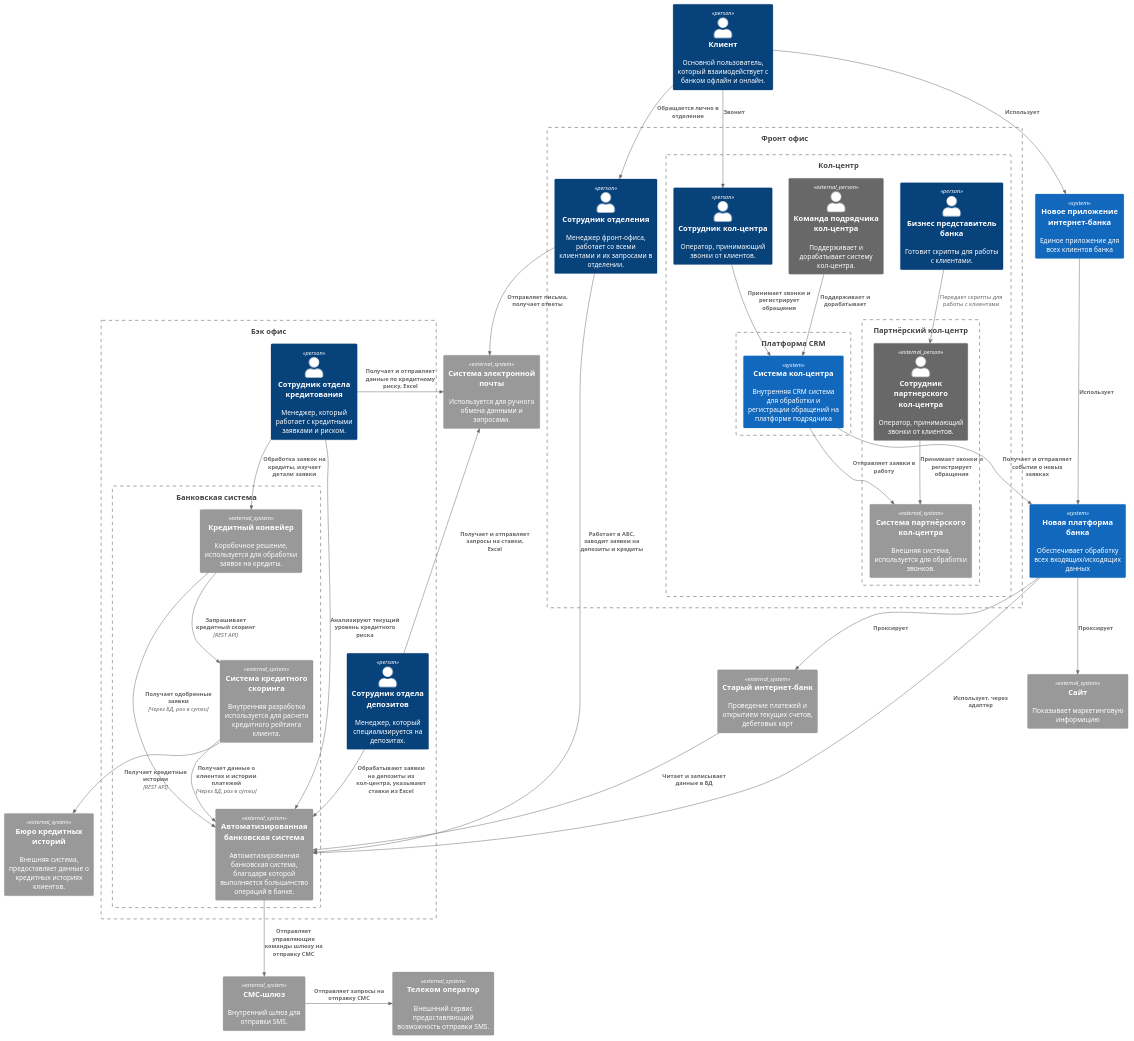
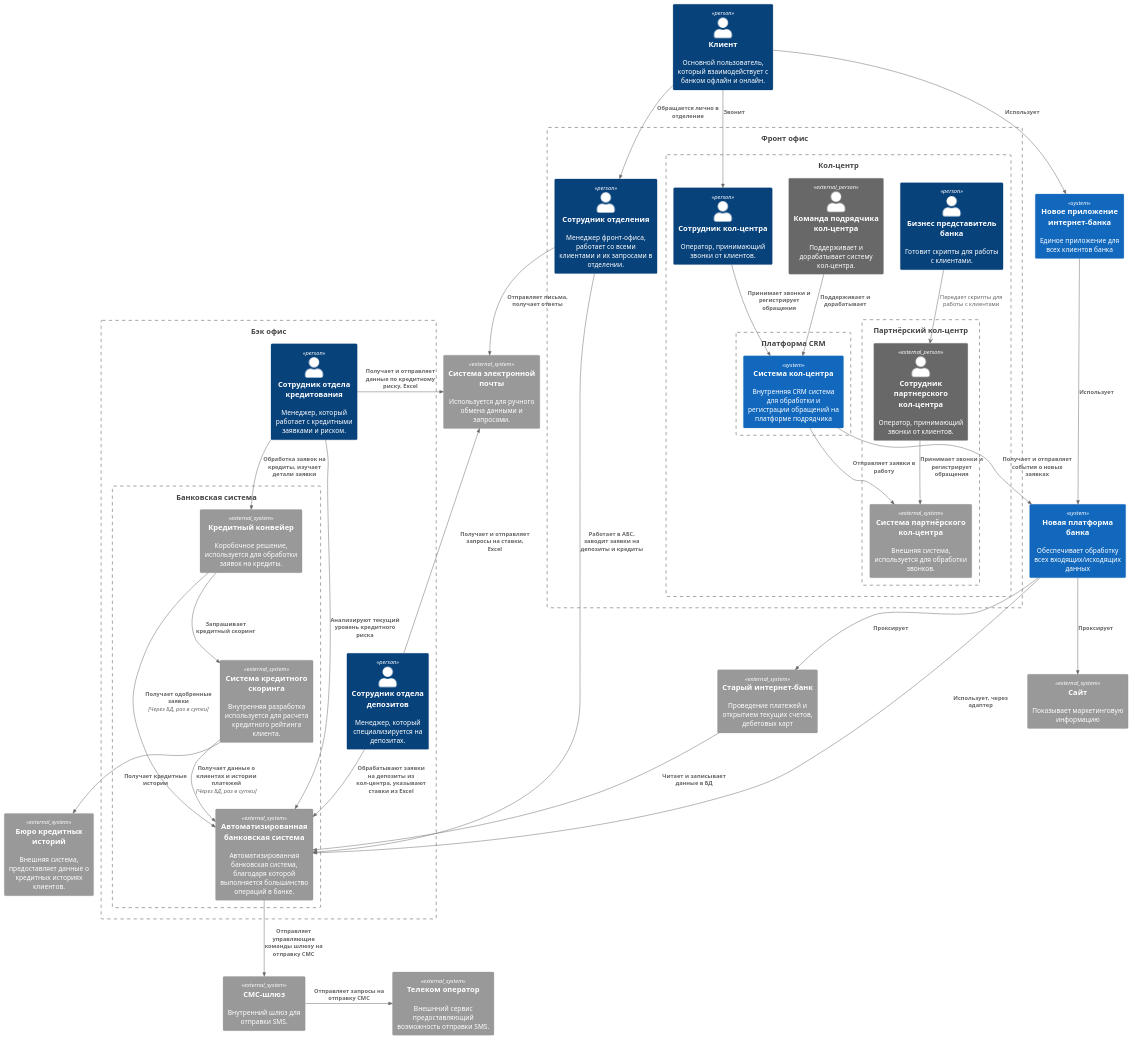
Before and after one commit to Evangelistic/architecture-pro-standart: the diagram in diagrams/to-be/mvp_context.puml, drawn with PlantUML. The commit also changed 3 other files, not shown here.

Commit message:
Small diagram fixes, related to details

```diff
--- a/diagrams/to-be/mvp_context.puml
+++ b/diagrams/to-be/mvp_context.puml
@@ -1,94 +1,94 @@
 @startuml C4 Context
 
 !include ../includes/C4_Context.puml
 
 Person(client, "Клиент", "Основной пользователь, который взаимодействует с банком офлайн и онлайн.")
 
 System_Ext(old_internet_bank, "Старый интернет-банк", "Проведение платежей и открытием текущих счетов, дебетовых карт")
 System_Ext(old_site, "Сайт", "Показывает маркетинговую информацию")
 System(internet_bank, "Новое приложение интернет-банка", "Единое приложение для всех клиентов банка")
 System(bank_platform, "Новая платформа банка", "Обеспечивает обработку всех входящих/исходящих данных")
 
 Rel_D(client, internet_bank, "Использует")
 Rel(bank_platform, old_internet_bank, "Проксирует")
 Rel(bank_platform, old_site, "Проксирует")
 Rel(internet_bank, bank_platform, "Использует")
 
 
 Boundary(frontOffice, "Фронт офис") {
     Person(frontOfficeManager, "Сотрудник отделения", "Менеджер фронт-офиса, работает со всеми клиентами и их запросами в отделении.")
 
     Boundary(callCenter, "Кол-центр") {
         Person(callCenterOperator, "Сотрудник кол-центра", "Оператор, принимающий звонки от клиентов.")
         Person(businessRepresentativeSpecialist, "Бизнес представитель банка", "Готовит скрипты для работы с клиентами.")
         Person_Ext(callCenterContractorTeam, "Команда подрядчика кол-центра", "Поддерживает и дорабатывает систему кол-центра.")
 
         Boundary(crm_platform, "Платформа CRM") {
             System(bank_call_center, "Система кол-центра", "Внутренняя CRM система для обработки и регистрации обращений на платформе подрядчика")
         }
         Rel(callCenterOperator, bank_call_center, "Принимает звонки и регистрирует обращения")
         Rel(callCenterContractorTeam, bank_call_center, "Поддерживает и дорабатывает")
         
         Boundary(callCenterPartner, "Партнёрский кол-центр") {
             Person_Ext(callCenterPartnerOperator, "Сотрудник партнерского кол-центра", "Оператор, принимающий звонки от клиентов.")
             System_Ext(partner_bank_call_center, "Система партнёрского кол-центра", "Внешняя система, используется для обработки звонков.")
 
             Rel(callCenterPartnerOperator, partner_bank_call_center, "Принимает звонки и регистрирует обращения")
         }
 
         businessRepresentativeSpecialist --> callCenterPartnerOperator : Передает скрипты для работы с клиентами
     }
 }
 
 Rel(client, callCenterOperator, "Звонит")
 Rel(client, frontOfficeManager, "Обращается лично в отделение")
 
 
 System_Ext(emailSystem, "Система электронной почты", "Используется для ручного обмена данными и запросами.")
 
 
 Boundary(backOffice, "Бэк офис") {
     Person(backOfficeDepositManager, "Сотрудник отдела депозитов", "Менеджер, который специализируется на депозитах.")
     Person(creditManager, "Сотрудник отдела кредитования", "Менеджер, который работает с кредитными заявками и риском.")
 
     Boundary(banking_system, "Банковская система") {
         System_Ext(abs, "Автоматизированная банковская система", "Автоматизированная банковская система, благодаря которой выполняется большинство операций в банке.")
         System_Ext(creditConveyor, "Кредитный конвейер", "Коробочное решение, используется для обработки заявок на кредиты.")
         System_Ext(creditScoringSystem, "Система кредитного скоринга", "Внутренняя разработка используется для расчета кредитного рейтинга клиента.")
     }
 
     Rel(creditManager, creditConveyor, "Обработка заявок на кредиты, изучает детали заявки")
     Rel(creditManager, abs, "Анализируют текущий уровень кредитного риска")
     Rel(backOfficeDepositManager, abs, "Обрабатывают заявки на депозиты из кол-центра, указывают ставки из Excel")
 }
 
 Rel(old_internet_bank, abs, "Читает и записывает данные в БД")
 
 Rel(bank_platform, abs, "Использует, через адаптер")
 
 Rel(bank_call_center, bank_platform, "Получает и отправляет события о новых заявках")
 Rel(bank_call_center, partner_bank_call_center, "Отправляет заявки в работу")
 
 Rel(frontOfficeManager, abs, "Работает в АБС, заводит заявки на депозиты и кредиты")
 Rel(frontOfficeManager, emailSystem, "Отправляет письма, получает ответы")
 
 
 System_Ext(smsGateway, "СМС-шлюз", "Внутренний шлюз для отправки SMS.")
 System_Ext(telecomOperator, "Телеком оператор", "Внешнний сервис предоставляющий возможность отправки SMS.")
 
 Rel(abs, smsGateway, "Отправляет управляющие команды шлюзу на отправку СМС")
 Rel_R(smsGateway, telecomOperator, "Отправляет запросы на отправку СМС")
 
 
 Rel(backOfficeDepositManager, emailSystem, "Получает и отправляет запросы на ставки, Excel")
 Rel_U(creditManager, emailSystem, "Получает и отправляет данные по кредитному риску, Excel")
 
 
 System_Ext(creditBureau, "Бюро кредитных историй", "Внешняя система, предоставляет данные о кредитных историях клиентов.")
 
-Rel(creditConveyor, creditScoringSystem, "Запрашивает кредитный скоринг", "REST API")
+Rel(creditConveyor, creditScoringSystem, "Запрашивает кредитный скоринг")
 Rel(creditConveyor, abs, "Получает одобренные заявки", "Через БД, раз в сутки")
 Rel(creditScoringSystem, abs, "Получает данные о клиентах и истории платежей", "Через БД, раз в сутки")
-Rel(creditScoringSystem, creditBureau, "Получает кредитные истории", "REST API")
+Rel(creditScoringSystem, creditBureau, "Получает кредитные истории")
 
 @enduml
```
